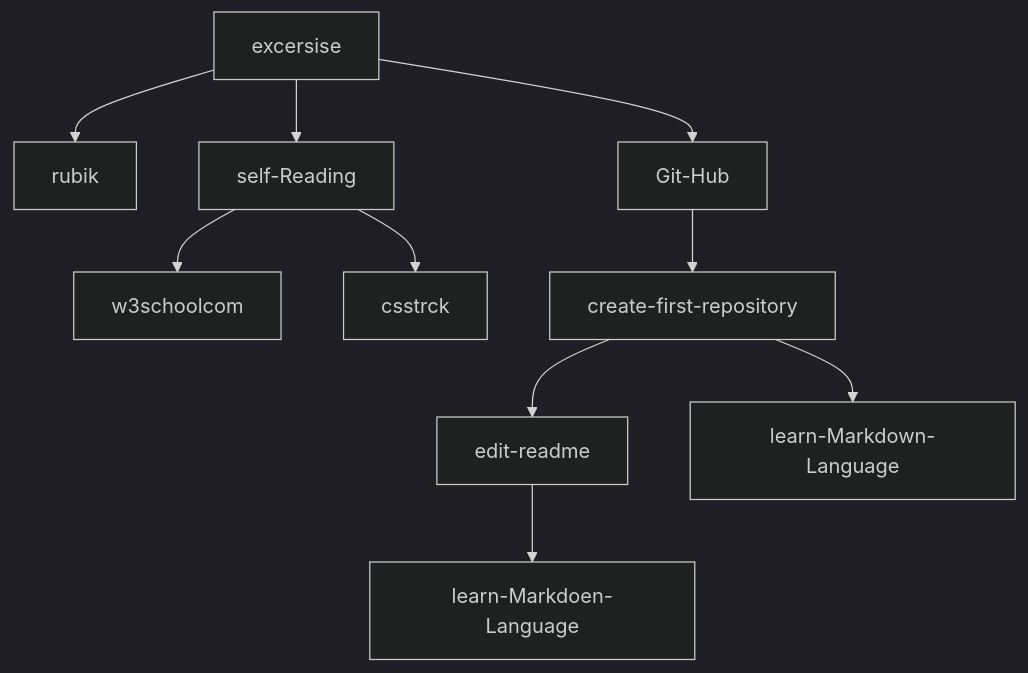
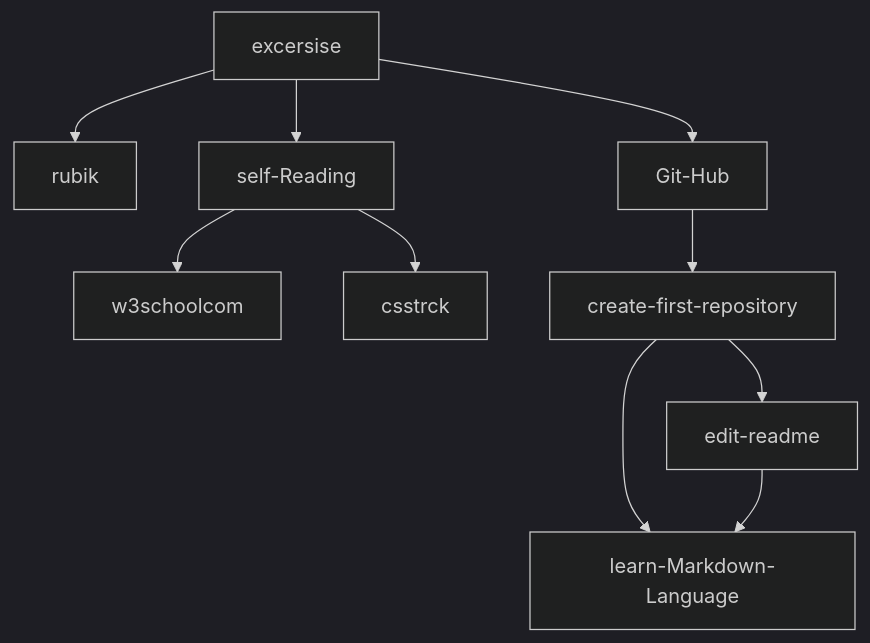
Before and after one commit to adltalab/Cl_repo: the diagram in README.md, drawn with Mermaid (dark theme). The commit also changed other lines of this file, not shown here.

````diff
--- a/README.md
+++ b/README.md
@@ -26,13 +28,13 @@
 ```mermaid
 graph TD;
   excersise --> rubik
   excersise --> self-Reading
   excersise --> Git-Hub;
   self-Reading -->w3schoolcom;
   self-Reading-->csstrck;
  
   Git-Hub --> create-first-repository;
   create-first-repository --> edit-readme;
   create-first-repository --> learn-Markdown-Language;
-  edit-readme-->learn-Markdoen-Language;
+  edit-readme-->learn-Markdown-Language;
 ```
````
